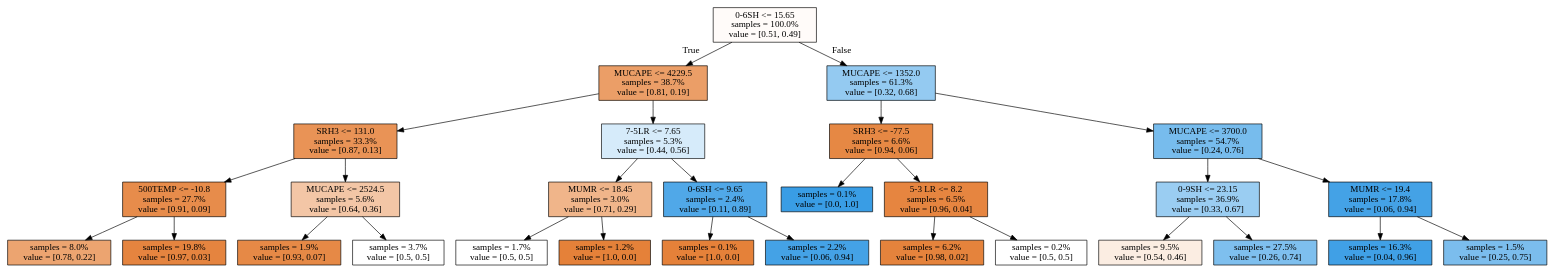
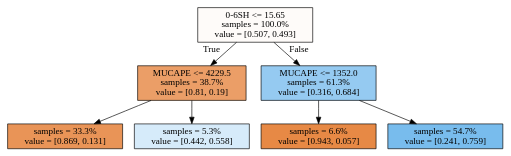
One commit to djgagne/ou_grad_5203_fall_2016 changed the diagram in hail_tree.dot. Above: the diagram before and after it, drawn with Graphviz. The commit also changed 1 other file, not shown here.

```diff
--- a/hail_tree.dot
+++ b/hail_tree.dot
@@ -1,60 +1,16 @@
 digraph Tree {
 node [shape=box, style="filled", color="black"] ;
-0 [label="0-6SH <= 15.65\nsamples = 100.0%\nvalue = [0.51, 0.49]", fillcolor="#e5813908"] ;
-1 [label="MUCAPE <= 4229.5\nsamples = 38.7%\nvalue = [0.81, 0.19]", fillcolor="#e58139c3"] ;
+0 [label="0-6SH <= 15.65\nsamples = 100.0%\nvalue = [0.507, 0.493]", fillcolor="#fefbf9"] ;
+1 [label="MUCAPE <= 4229.5\nsamples = 38.7%\nvalue = [0.81, 0.19]", fillcolor="#eb9e67"] ;
 0 -> 1 [labeldistance=2.5, labelangle=45, headlabel="True"] ;
-2 [label="SRH3 <= 131.0\nsamples = 33.3%\nvalue = [0.87, 0.13]", fillcolor="#e58139d9"] ;
+2 [label="samples = 33.3%\nvalue = [0.869, 0.131]", fillcolor="#e99457"] ;
 1 -> 2 ;
-3 [label="500TEMP <= -10.8\nsamples = 27.7%\nvalue = [0.91, 0.09]", fillcolor="#e58139e7"] ;
-2 -> 3 ;
-4 [label="samples = 8.0%\nvalue = [0.78, 0.22]", fillcolor="#e58139b8"] ;
-3 -> 4 ;
-5 [label="samples = 19.8%\nvalue = [0.97, 0.03]", fillcolor="#e58139f7"] ;
-3 -> 5 ;
-6 [label="MUCAPE <= 2524.5\nsamples = 5.6%\nvalue = [0.64, 0.36]", fillcolor="#e5813972"] ;
-2 -> 6 ;
-7 [label="samples = 1.9%\nvalue = [0.93, 0.07]", fillcolor="#e58139ed"] ;
-6 -> 7 ;
-8 [label="samples = 3.7%\nvalue = [0.5, 0.5]", fillcolor="#e5813900"] ;
-6 -> 8 ;
-9 [label="7-5LR <= 7.65\nsamples = 5.3%\nvalue = [0.44, 0.56]", fillcolor="#399de535"] ;
-1 -> 9 ;
-10 [label="MUMR <= 18.45\nsamples = 3.0%\nvalue = [0.71, 0.29]", fillcolor="#e5813996"] ;
-9 -> 10 ;
-11 [label="samples = 1.7%\nvalue = [0.5, 0.5]", fillcolor="#e5813900"] ;
-10 -> 11 ;
-12 [label="samples = 1.2%\nvalue = [1.0, 0.0]", fillcolor="#e58139ff"] ;
-10 -> 12 ;
-13 [label="0-6SH <= 9.65\nsamples = 2.4%\nvalue = [0.11, 0.89]", fillcolor="#399de5e1"] ;
-9 -> 13 ;
-14 [label="samples = 0.1%\nvalue = [1.0, 0.0]", fillcolor="#e58139ff"] ;
-13 -> 14 ;
-15 [label="samples = 2.2%\nvalue = [0.06, 0.94]", fillcolor="#399de5f0"] ;
-13 -> 15 ;
-16 [label="MUCAPE <= 1352.0\nsamples = 61.3%\nvalue = [0.32, 0.68]", fillcolor="#399de589"] ;
-0 -> 16 [labeldistance=2.5, labelangle=-45, headlabel="False"] ;
-17 [label="SRH3 <= -77.5\nsamples = 6.6%\nvalue = [0.94, 0.06]", fillcolor="#e58139f0"] ;
-16 -> 17 ;
-18 [label="samples = 0.1%\nvalue = [0.0, 1.0]", fillcolor="#399de5ff"] ;
-17 -> 18 ;
-19 [label="5-3 LR <= 8.2\nsamples = 6.5%\nvalue = [0.96, 0.04]", fillcolor="#e58139f5"] ;
-17 -> 19 ;
-20 [label="samples = 6.2%\nvalue = [0.98, 0.02]", fillcolor="#e58139fa"] ;
-19 -> 20 ;
-21 [label="samples = 0.2%\nvalue = [0.5, 0.5]", fillcolor="#e5813900"] ;
-19 -> 21 ;
-22 [label="MUCAPE <= 3700.0\nsamples = 54.7%\nvalue = [0.24, 0.76]", fillcolor="#399de5ae"] ;
-16 -> 22 ;
-23 [label="0-9SH <= 23.15\nsamples = 36.9%\nvalue = [0.33, 0.67]", fillcolor="#399de581"] ;
-22 -> 23 ;
-24 [label="samples = 9.5%\nvalue = [0.54, 0.46]", fillcolor="#e5813925"] ;
-23 -> 24 ;
-25 [label="samples = 27.5%\nvalue = [0.26, 0.74]", fillcolor="#399de5a6"] ;
-23 -> 25 ;
-26 [label="MUMR <= 19.4\nsamples = 17.8%\nvalue = [0.06, 0.94]", fillcolor="#399de5f0"] ;
-22 -> 26 ;
-27 [label="samples = 16.3%\nvalue = [0.04, 0.96]", fillcolor="#399de5f5"] ;
-26 -> 27 ;
-28 [label="samples = 1.5%\nvalue = [0.25, 0.75]", fillcolor="#399de5aa"] ;
-26 -> 28 ;
+3 [label="samples = 5.3%\nvalue = [0.442, 0.558]", fillcolor="#d6ebfa"] ;
+1 -> 3 ;
+4 [label="MUCAPE <= 1352.0\nsamples = 61.3%\nvalue = [0.316, 0.684]", fillcolor="#95caf1"] ;
+0 -> 4 [labeldistance=2.5, labelangle=-45, headlabel="False"] ;
+5 [label="samples = 6.6%\nvalue = [0.943, 0.057]", fillcolor="#e78945"] ;
+4 -> 5 ;
+6 [label="samples = 54.7%\nvalue = [0.241, 0.759]", fillcolor="#78bced"] ;
+4 -> 6 ;
 }
```
